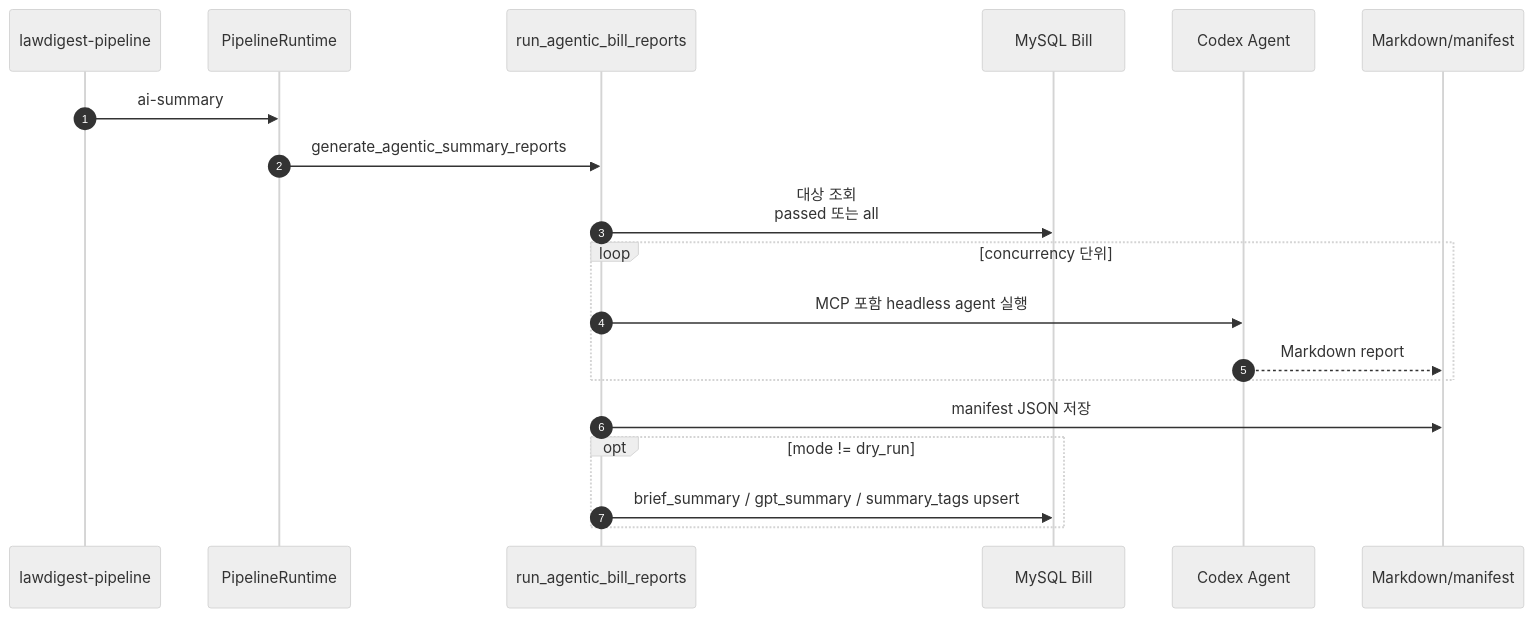
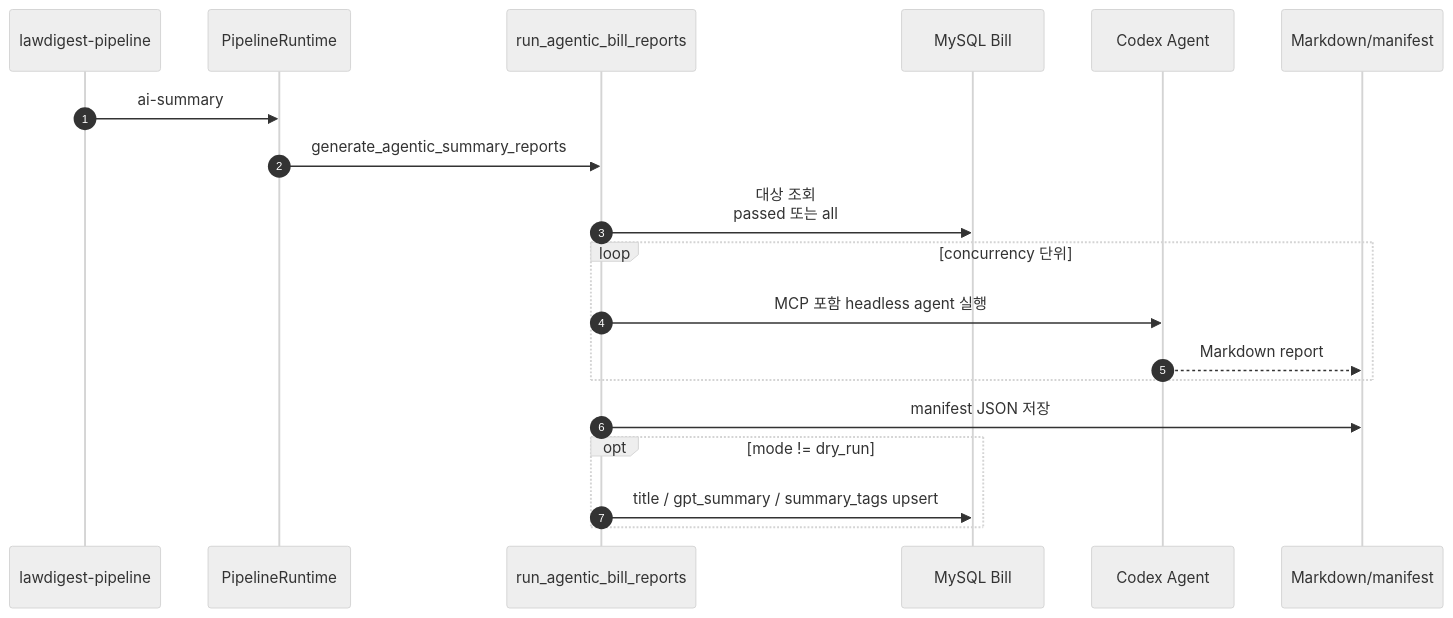
Before and after one commit to LawDigest/LawDigest: the third of 3 diagrams in docs/data/법안 데이터 파이프라인/pipeline_architecture.md, drawn with Mermaid (neutral theme). The commit also changed other lines of this file and 75 other files, not shown here.

````diff
--- a/docs/data/법안 데이터 파이프라인/pipeline_architecture.md
+++ b/docs/data/법안 데이터 파이프라인/pipeline_architecture.md
@@ -236,22 +236,22 @@
 ```mermaid
 sequenceDiagram
     autonumber
     participant CLI as lawdigest-pipeline
     participant Runtime as PipelineRuntime
     participant Agent as run_agentic_bill_reports
     participant DB as MySQL Bill
     participant Codex as Codex Agent
     participant Output as Markdown/manifest
 
     CLI->>Runtime: ai-summary
     Runtime->>Agent: generate_agentic_summary_reports
     Agent->>DB: 대상 조회<br/>passed 또는 all
     loop concurrency 단위
         Agent->>Codex: MCP 포함 headless agent 실행
         Codex-->>Output: Markdown report
     end
     Agent->>Output: manifest JSON 저장
     opt mode != dry_run
-        Agent->>DB: brief_summary / gpt_summary / summary_tags upsert
+        Agent->>DB: title / gpt_summary / summary_tags upsert
     end
 ```
````
